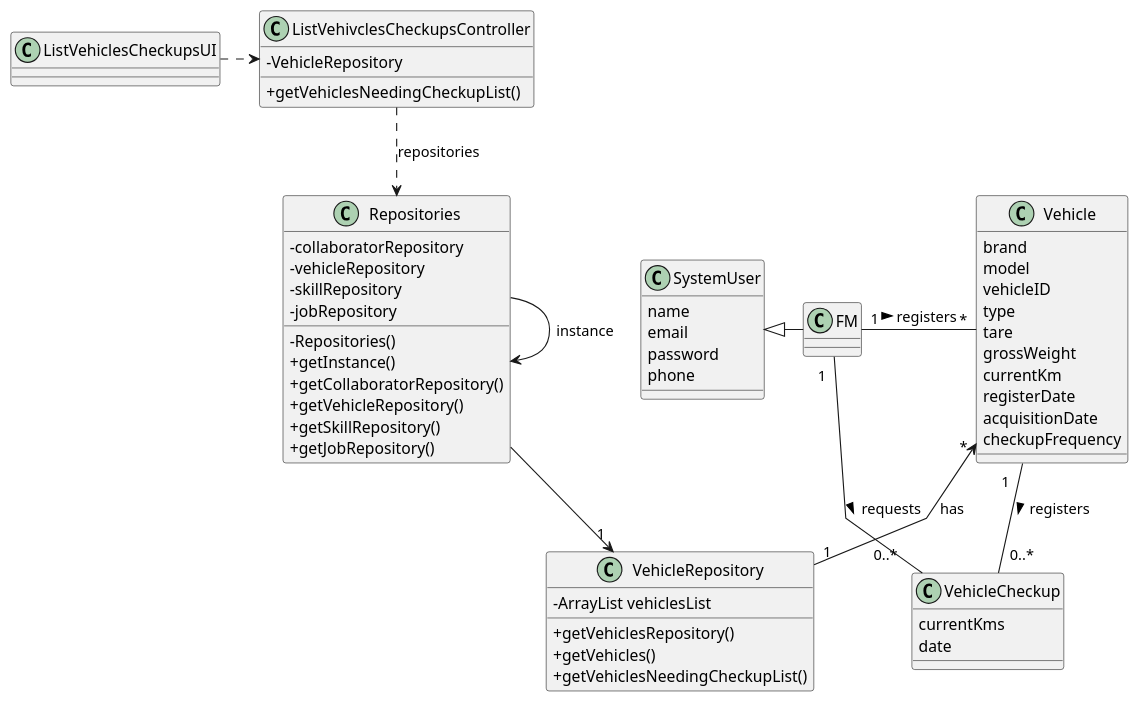
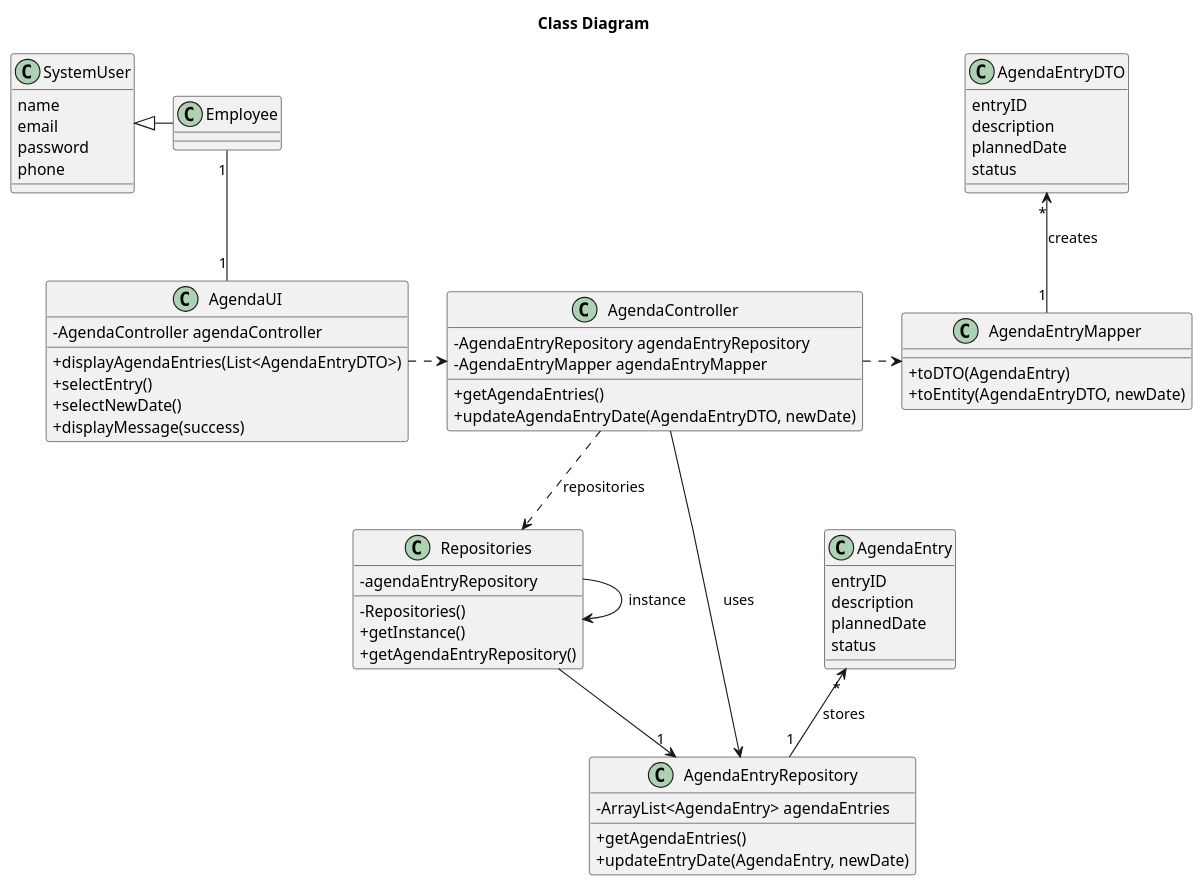
Before and after one commit to Departamento-de-Engenharia-Informatica/lei-24-s2-1do-g164: the diagram in docs/sprintC/us024/03.design/puml/us008-class-diagram.puml, drawn with PlantUML. The commit also changed 5 other files, not shown here.

```diff
--- a/docs/sprintC/us024/03.design/puml/us008-class-diagram.puml
+++ b/docs/sprintC/us024/03.design/puml/us008-class-diagram.puml
@@ -1,83 +1,81 @@
 @startuml
 skinparam classAttributeIconSize 0
 'skinparam monochrome true
 skinparam packageStyle rectangle
 skinparam shadowing false
 skinparam linetype polyline
 'skinparam linetype orto
 skinparam classAttributeIconSize 0
 
-class Vehicle {
-        brand
-        model
-        vehicleID
-        type
-        tare
-        grossWeight
-        currentKm
-        registerDate
-        acquisitionDate
-        checkupFrequency
+title Class Diagram
 
+class AgendaEntry {
+    entryID
+    description
+    plannedDate
+    status
 }
 
-class VehicleCheckup {
-    currentKms
-    date
-
+class AgendaEntryDTO {
+    entryID
+    description
+    plannedDate
+    status
 }
-
 
 class SystemUser {
     name
     email
     password
     phone
 }
 
-class VehicleRepository {
-    - ArrayList vehiclesList
-    + getVehiclesRepository()
-    + getVehicles()
-    + getVehiclesNeedingCheckupList()
+class AgendaEntryRepository {
+    - ArrayList<AgendaEntry> agendaEntries
+    + getAgendaEntries()
+    + updateEntryDate(AgendaEntry, newDate)
+}
+
+class Repositories {
+    - agendaEntryRepository
+
+    - Repositories()
+    + getInstance()
+    + getAgendaEntryRepository()
+}
+
+class AgendaEntryMapper {
+    + toDTO(AgendaEntry)
+    + toEntity(AgendaEntryDTO, newDate)
+}
+
+class AgendaController {
+    - AgendaEntryRepository agendaEntryRepository
+    - AgendaEntryMapper agendaEntryMapper
+    + getAgendaEntries()
+    + updateAgendaEntryDate(AgendaEntryDTO, newDate)
+}
+
+class AgendaUI {
+    - AgendaController agendaController
+    + displayAgendaEntries(List<AgendaEntryDTO>)
+    + selectEntry()
+    + selectNewDate()
+    + displayMessage(success)
 }
 
 
-class Repositories {
-    - collaboratorRepository
-    - vehicleRepository
-    - skillRepository
-    - jobRepository
+AgendaUI .> AgendaController
+AgendaController ..> Repositories : repositories
+Repositories --> "1" AgendaEntryRepository
+Repositories -> Repositories : instance
+AgendaController .> AgendaEntryMapper
+AgendaController --> AgendaEntryRepository : uses
 
-    - Repositories()
-    + getInstance()
-    + getCollaboratorRepository()
-    + getVehicleRepository()
-    + getSkillRepository()
-    + getJobRepository()
+SystemUser <|- Employee
 
-}
+Employee "1" -- "1" AgendaUI
+AgendaEntry "*" <-- "1" AgendaEntryRepository : stores
+AgendaEntryDTO "*" <-- "1" AgendaEntryMapper : creates
 
-
-class ListVehivclesCheckupsController {
--VehicleRepository
-  + getVehiclesNeedingCheckupList()
-
-}
-
-
-
-ListVehiclesCheckupsUI .> ListVehivclesCheckupsController
-
-
-Repositories -->"1" VehicleRepository
-Repositories -> Repositories : instance
-ListVehivclesCheckupsController ..> Repositories : repositories
-Vehicle "*" <-- "1" VehicleRepository : has
-
-
-FM "1" - "*" Vehicle : registers >
-Vehicle "1   " -- "0..*                        " VehicleCheckup : registers >
-FM "           1 " - "0..*   " VehicleCheckup : requests >
-SystemUser <|- FM
 @enduml
```
